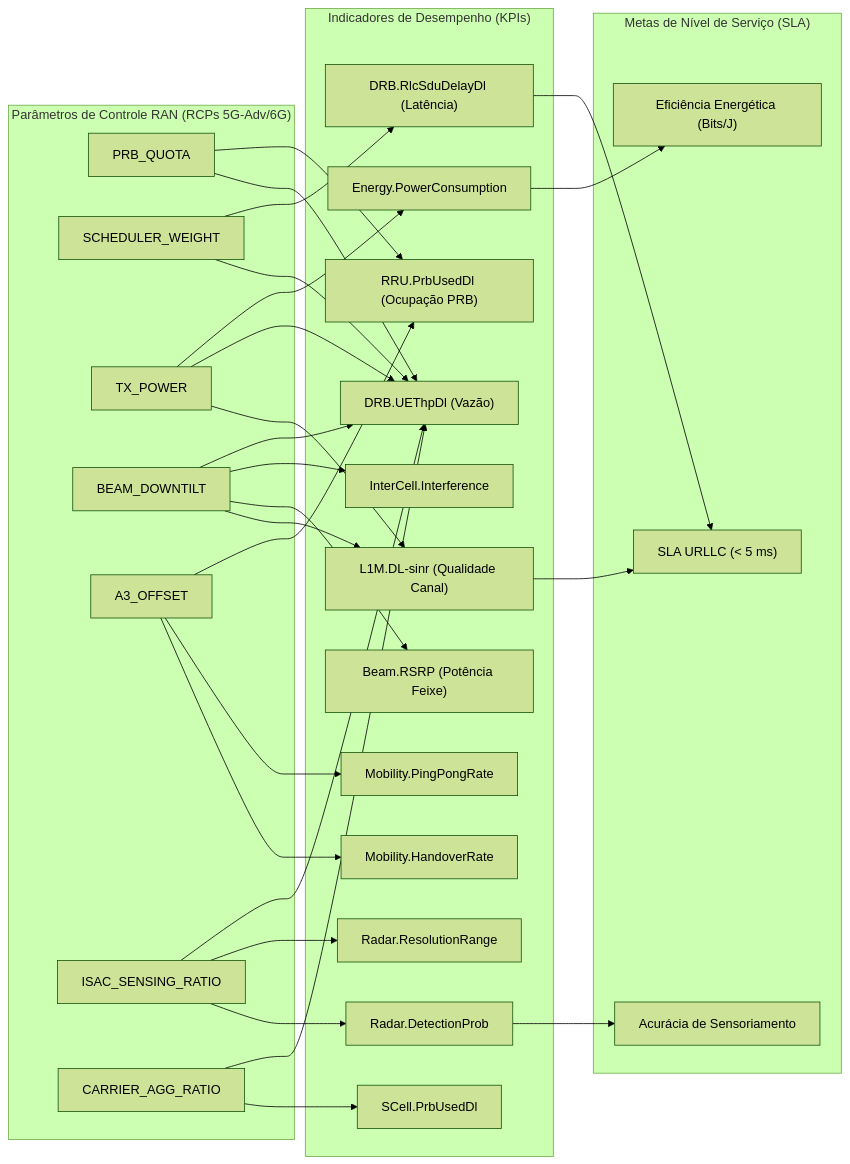
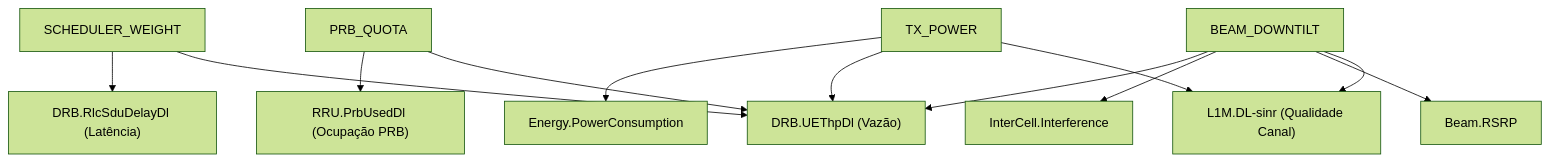
The sixth of 9 diagrams in docs/13_relatorio_auditoria_limitacoes_e_solucoes_fase2.md (georgebarbosa3090/XApp-RDL-F2), drawn with Mermaid (forest theme) before and after one commit. The commit also changed other lines of this file and 4 other files, not shown here.

Commit message:
docs: decouple architecture diagrams and fix all KaTeX/Markdown mathematical rendering errors

````diff
--- a/docs/13_relatorio_auditoria_limitacoes_e_solucoes_fase2.md
+++ b/docs/13_relatorio_auditoria_limitacoes_e_solucoes_fase2.md
@@ -151,46 +182,14 @@
 ```mermaid
-graph LR
-    subgraph RCPs["Parâmetros de Controle RAN (RCPs 5G-Adv/6G)"]
-        PRB["PRB_QUOTA"]
-        SCHED["SCHEDULER_WEIGHT"]
-        TX["TX_POWER"]
-        TILT["BEAM_DOWNTILT"]
-        A3["A3_OFFSET"]
-        ISAC["ISAC_SENSING_RATIO"]
-        CA["CARRIER_AGG_RATIO"]
-    end
-
-    subgraph KPIs["Indicadores de Desempenho (KPIs)"]
-        THP["DRB.UEThpDl (Vazão)"]
-        DLY["DRB.RlcSduDelayDl (Latência)"]
-        PRBU["RRU.PrbUsedDl (Ocupação PRB)"]
-        SINR["L1M.DL-sinr (Qualidade Canal)"]
-        PWR["Energy.PowerConsumption"]
-        RSRP["Beam.RSRP (Potência Feixe)"]
-        INTER["InterCell.Interference"]
-        HO["Mobility.HandoverRate"]
-        PP["Mobility.PingPongRate"]
-        RAD_DET["Radar.DetectionProb"]
-        RAD_RES["Radar.ResolutionRange"]
-        SCELL["SCell.PrbUsedDl"]
-    end
-
-    subgraph SLA["Metas de Nível de Serviço (SLA)"]
-        SLA_URLLC["SLA URLLC (&lt; 5 ms)"]
-        SLA_EE["Eficiência Energética (Bits/J)"]
-        SLA_ISAC["Acurácia de Sensoriamento"]
-    end
-
-    PRB --> THP & PRBU
-    SCHED --> THP & DLY
-    TX --> SINR & THP & PWR
-    TILT --> SINR & RSRP & INTER & THP
-    A3 --> HO & PP & PRBU
-    ISAC --> RAD_DET & RAD_RES & THP
-    CA --> SCELL & THP
-
-    DLY --> SLA_URLLC
-    SINR --> SLA_URLLC
-    PWR --> SLA_EE
-    RAD_DET --> SLA_ISAC
+flowchart TD
+    PRB["PRB_QUOTA"] --> THP["DRB.UEThpDl (Vazão)"]
+    PRB --> PRBU["RRU.PrbUsedDl (Ocupação PRB)"]
+    SCHED["SCHEDULER_WEIGHT"] --> THP
+    SCHED --> DLY["DRB.RlcSduDelayDl (Latência)"]
+    TX["TX_POWER"] --> SINR["L1M.DL-sinr (Qualidade Canal)"]
+    TX --> THP
+    TX --> PWR["Energy.PowerConsumption"]
+    TILT["BEAM_DOWNTILT"] --> SINR
+    TILT --> RSRP["Beam.RSRP"]
+    TILT --> INTER["InterCell.Interference"]
+    TILT --> THP
 ```
````
